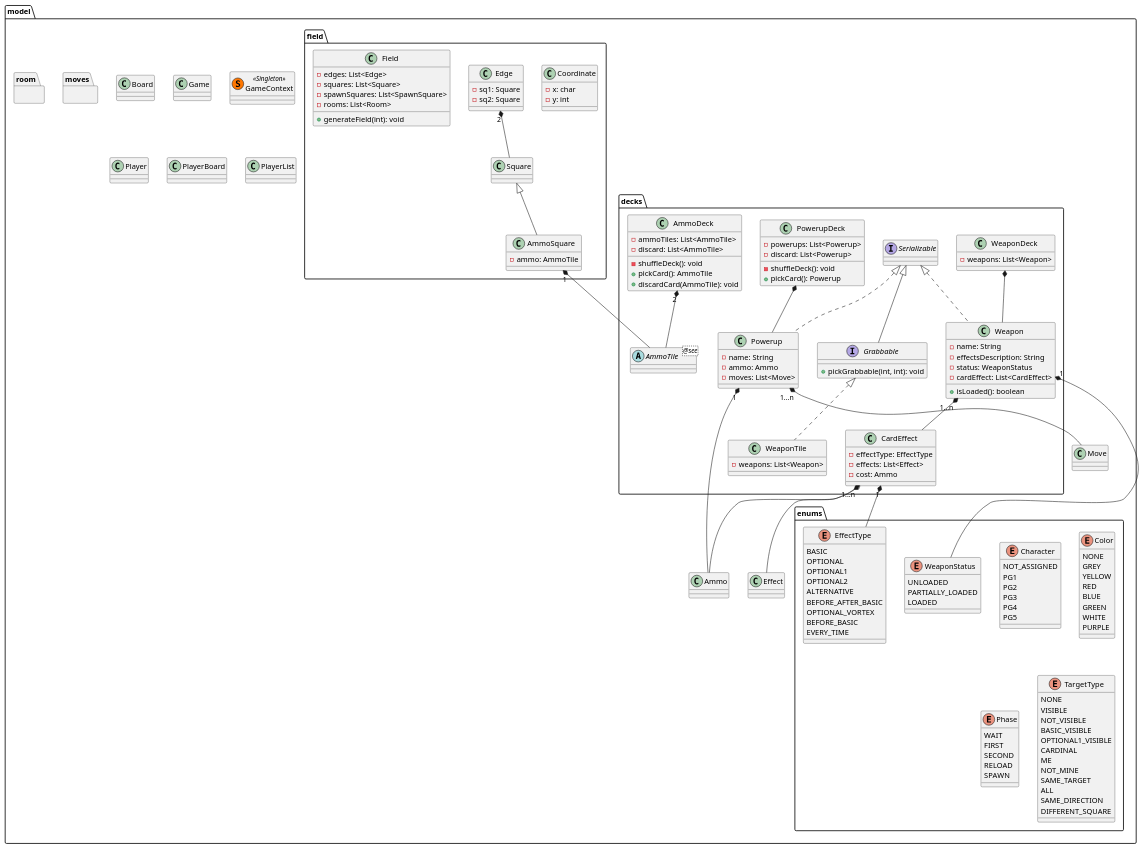
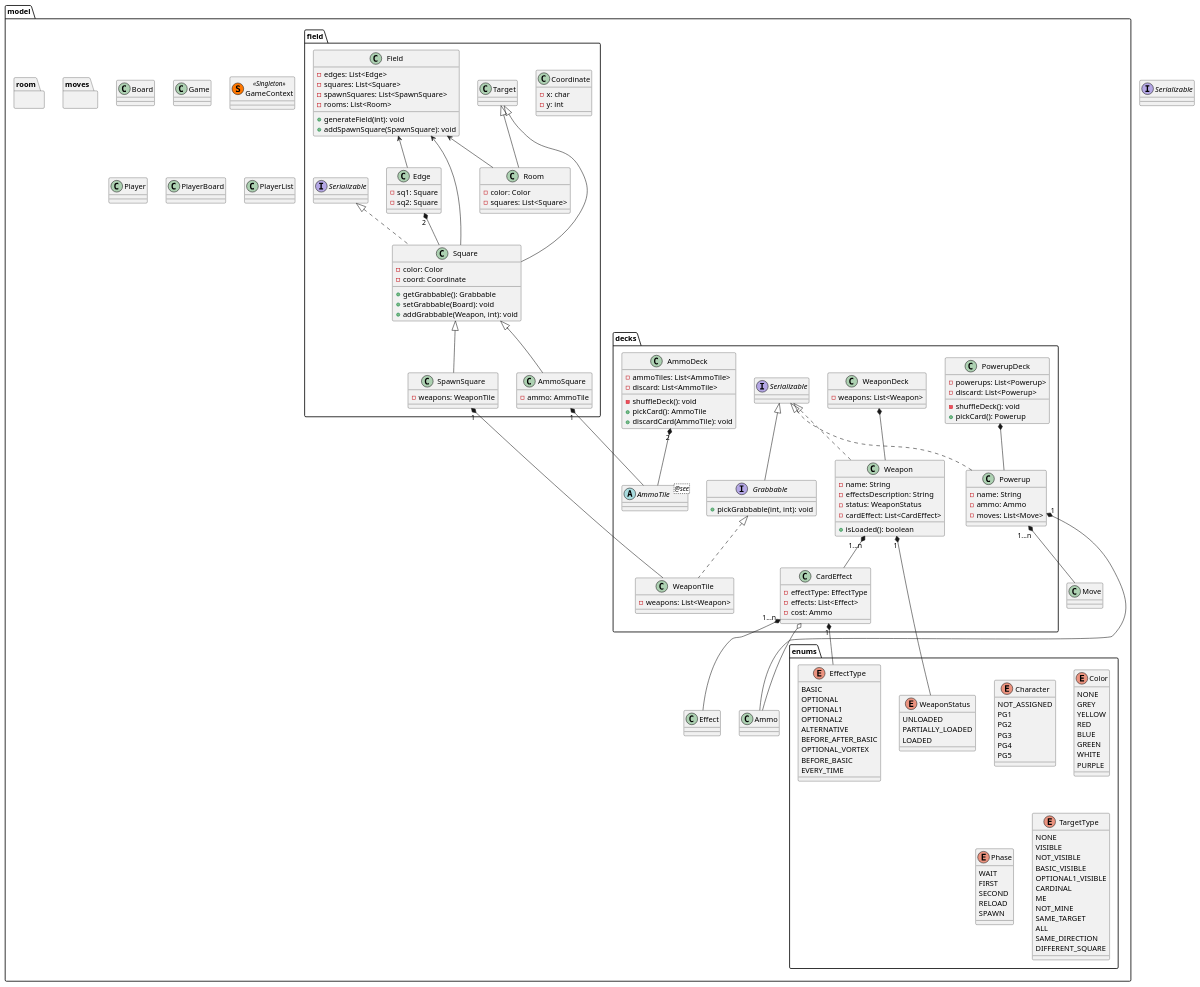
The diagram in utility/final/MVCGeneralUML.puml (elenasl96/ing-sw-2019-6), drawn with PlantUML before and after one commit. The commit also changed 9 other files, not shown here.

Commit message:
uml update, bug fixed

```diff
--- a/utility/final/MVCGeneralUML.puml
+++ b/utility/final/MVCGeneralUML.puml
@@ -1,4 +1,5 @@
 @startuml
+interface Serializable
 package model{
     package decks{
         class AmmoDeck{
@@ -138,9 +139,31 @@
             - rooms: List<Room>
             __
             + generateField(int): void
+            + addSpawnSquare(SpawnSquare): void
+        }
+
+        class Room extends Target{
+            - color: Color
+            - squares: List<Square>
+        }
+
+        class SpawnSquare extends Square{
+            - weapons: WeaponTile
+        }
+
+        class Square extends Target implements Serializable{
+            - color: Color
+            - coord: Coordinate
+            __
+            + getGrabbable(): Grabbable
+            + setGrabbable(Board): void
+            + addGrabbable(Weapon, int): void
         }
 
         Edge "2" *-- Square
+        Field <-- Edge
+        Field <-- Square
+        Field <-- Room
     }
 
     package moves{
@@ -190,5 +213,6 @@
     Weapon "1...n" *-- CardEffect
 
     AmmoSquare "1" *-- AmmoTile
+    SpawnSquare "1" *-- WeaponTile
 }
 @enduml
```
